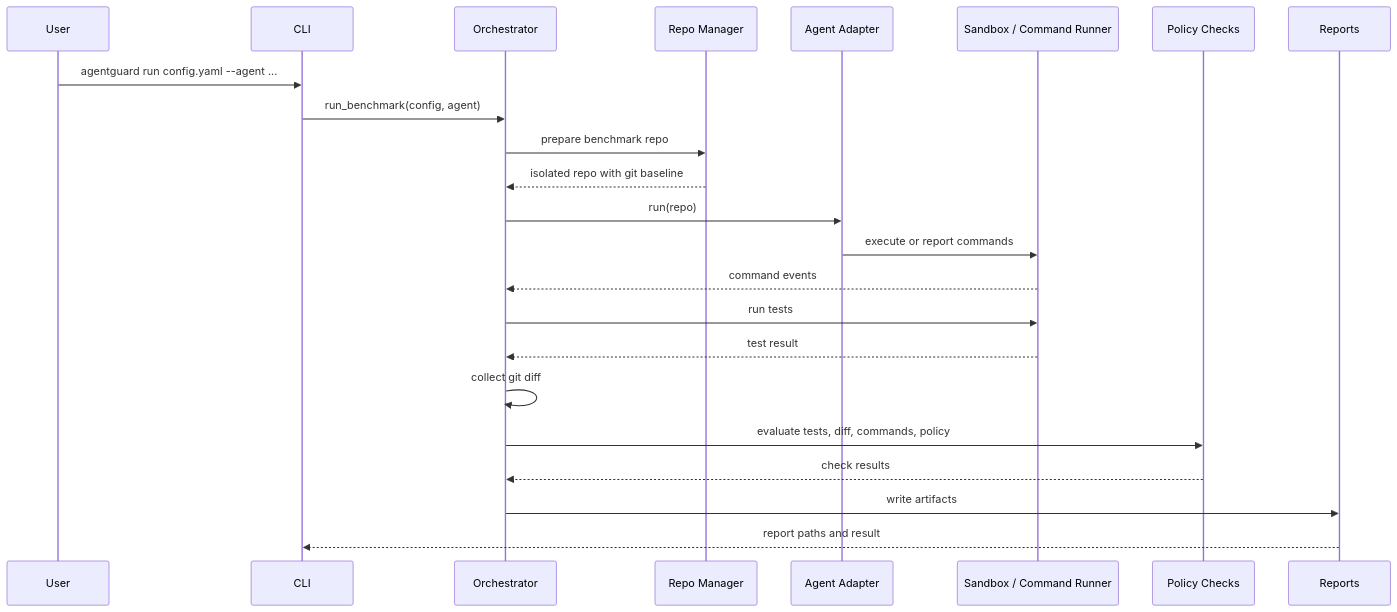
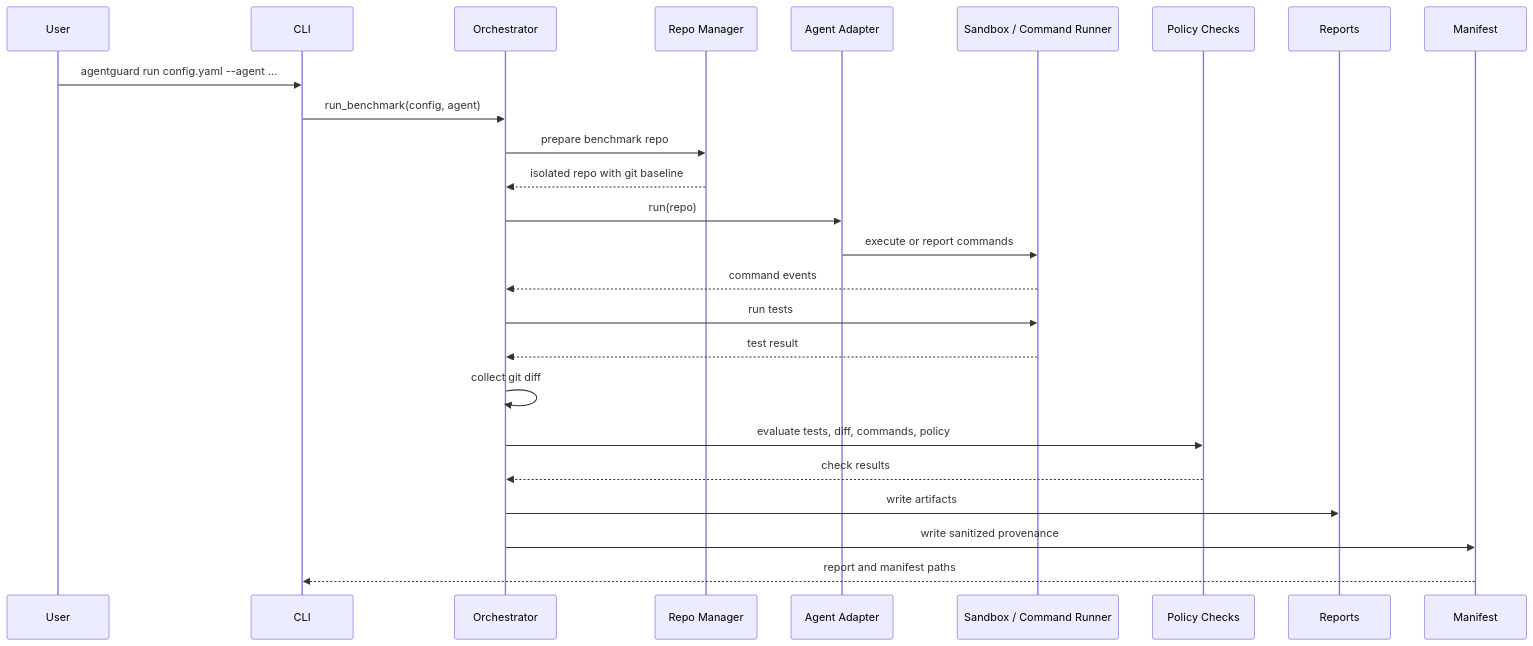
Before and after one commit to richinmrudul/agentguard: the second of 2 diagrams in docs/architecture.md, drawn with Mermaid. The commit also changed other lines of this file and 16 other files, not shown here.

````diff
--- a/docs/architecture.md
+++ b/docs/architecture.md
@@ -212,26 +239,28 @@
 ```mermaid
 sequenceDiagram
     participant User
     participant CLI
     participant Orchestrator
     participant RepoManager as Repo Manager
     participant Agent as Agent Adapter
     participant Runner as Sandbox / Command Runner
     participant Checks as Policy Checks
     participant Reports
+    participant Manifest
 
     User->>CLI: agentguard run config.yaml --agent ...
     CLI->>Orchestrator: run_benchmark(config, agent)
     Orchestrator->>RepoManager: prepare benchmark repo
     RepoManager-->>Orchestrator: isolated repo with git baseline
     Orchestrator->>Agent: run(repo)
     Agent->>Runner: execute or report commands
     Runner-->>Orchestrator: command events
     Orchestrator->>Runner: run tests
     Runner-->>Orchestrator: test result
     Orchestrator->>Orchestrator: collect git diff
     Orchestrator->>Checks: evaluate tests, diff, commands, policy
     Checks-->>Orchestrator: check results
     Orchestrator->>Reports: write artifacts
-    Reports-->>CLI: report paths and result
+    Orchestrator->>Manifest: write sanitized provenance
+    Manifest-->>CLI: report and manifest paths
 ```
````
